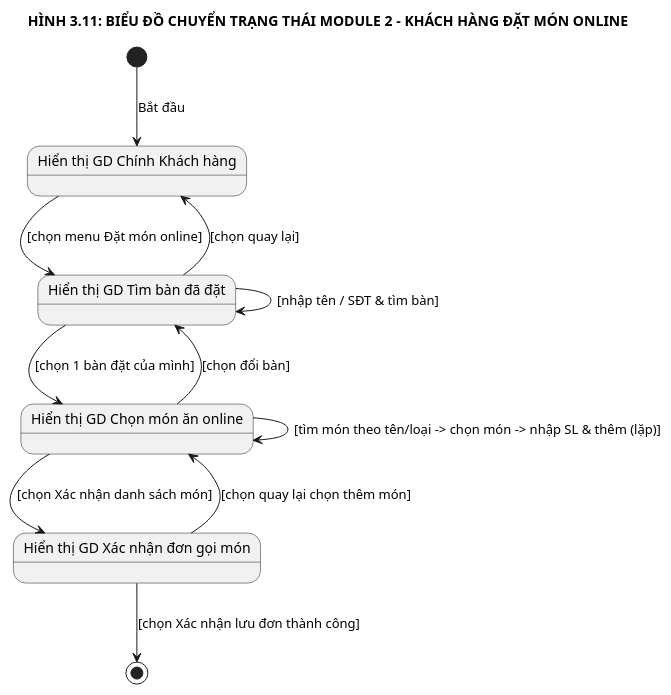
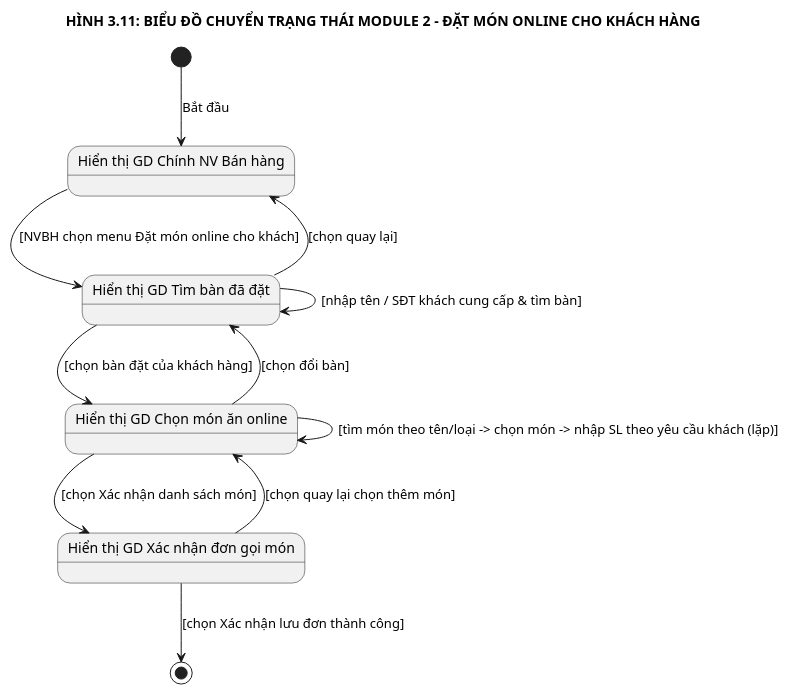
One commit to NEWBIE1005/RMS_RestaurantManagementSystem changed the diagram in docs/plantuml/phan_tich/Analysis_04b_Module2_StateDiagram.puml. Above: the diagram before and after it, drawn with PlantUML. The commit also changed 30 other files, not shown here.

```diff
--- a/docs/plantuml/phan_tich/Analysis_04b_Module2_StateDiagram.puml
+++ b/docs/plantuml/phan_tich/Analysis_04b_Module2_StateDiagram.puml
@@ -1,23 +1,23 @@
 @startuml Analysis_04b_Module2_StateDiagram
 skinparam monochrome true
 skinparam shadowing false
 
-title HÌNH 3.11: BIỂU ĐỒ CHUYỂN TRẠNG THÁI MODULE 2 - KHÁCH HÀNG ĐẶT MÓN ONLINE
+title HÌNH 3.11: BIỂU ĐỒ CHUYỂN TRẠNG THÁI MODULE 2 - ĐẶT MÓN ONLINE CHO KHÁCH HÀNG
 
-state "Hiển thị GD Chính Khách hàng" as S1
+state "Hiển thị GD Chính NV Bán hàng" as S1
 state "Hiển thị GD Tìm bàn đã đặt" as S2
 state "Hiển thị GD Chọn món ăn online" as S3
 state "Hiển thị GD Xác nhận đơn gọi món" as S4
 
 [*] --> S1 : Bắt đầu
-S1 --> S2 : [chọn menu Đặt món online]
+S1 --> S2 : [NVBH chọn menu Đặt món online cho khách]
 S2 --> S1 : [chọn quay lại]
-S2 --> S2 : [nhập tên / SĐT & tìm bàn]
-S2 --> S3 : [chọn 1 bàn đặt của mình]
+S2 --> S2 : [nhập tên / SĐT khách cung cấp & tìm bàn]
+S2 --> S3 : [chọn bàn đặt của khách hàng]
 S3 --> S2 : [chọn đổi bàn]
-S3 --> S3 : [tìm món theo tên/loại -> chọn món -> nhập SL & thêm (lặp)]
+S3 --> S3 : [tìm món theo tên/loại -> chọn món -> nhập SL theo yêu cầu khách (lặp)]
 S3 --> S4 : [chọn Xác nhận danh sách món]
 S4 --> S3 : [chọn quay lại chọn thêm món]
 S4 --> [*] : [chọn Xác nhận lưu đơn thành công]
 
 @enduml
```
